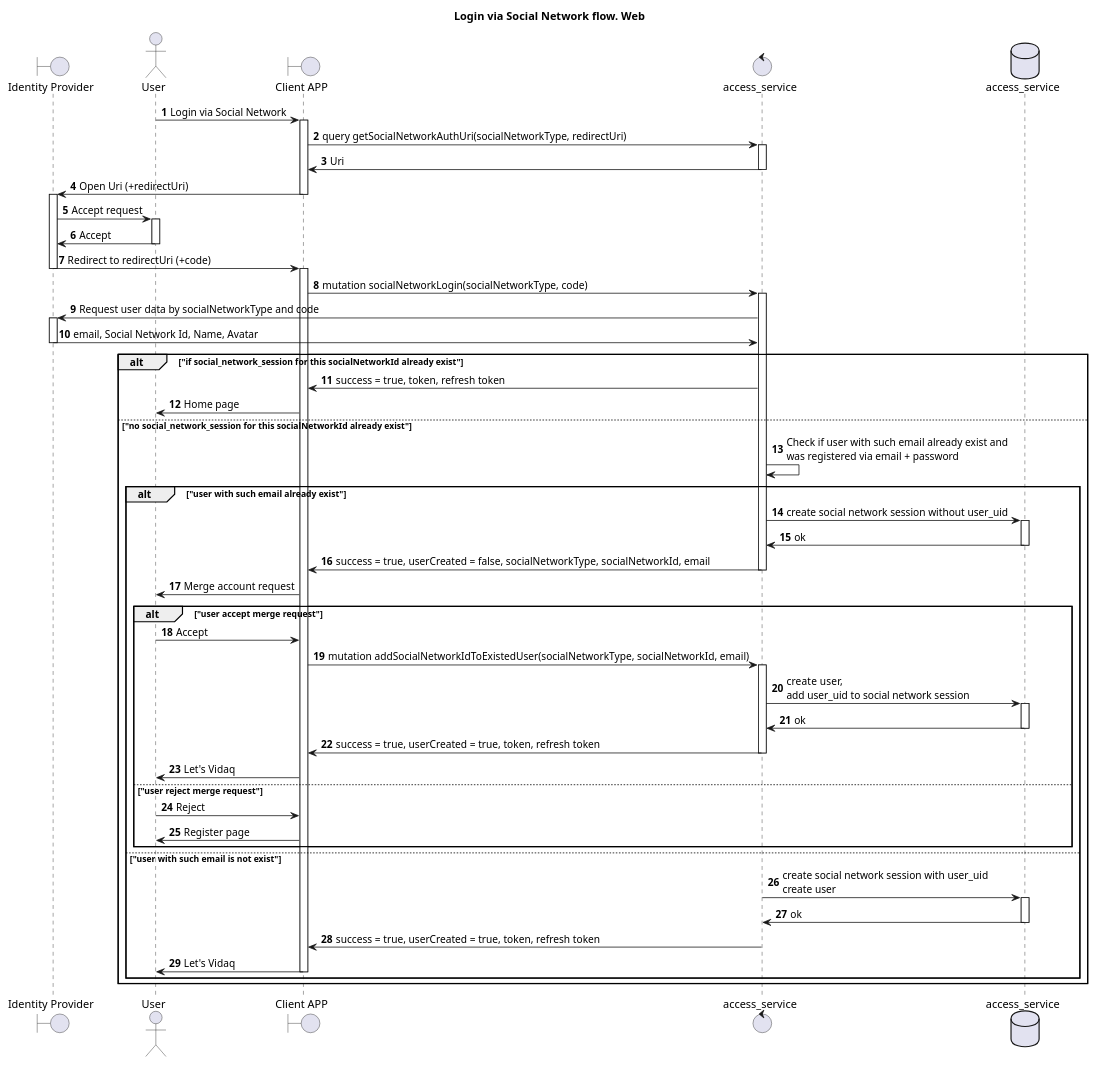
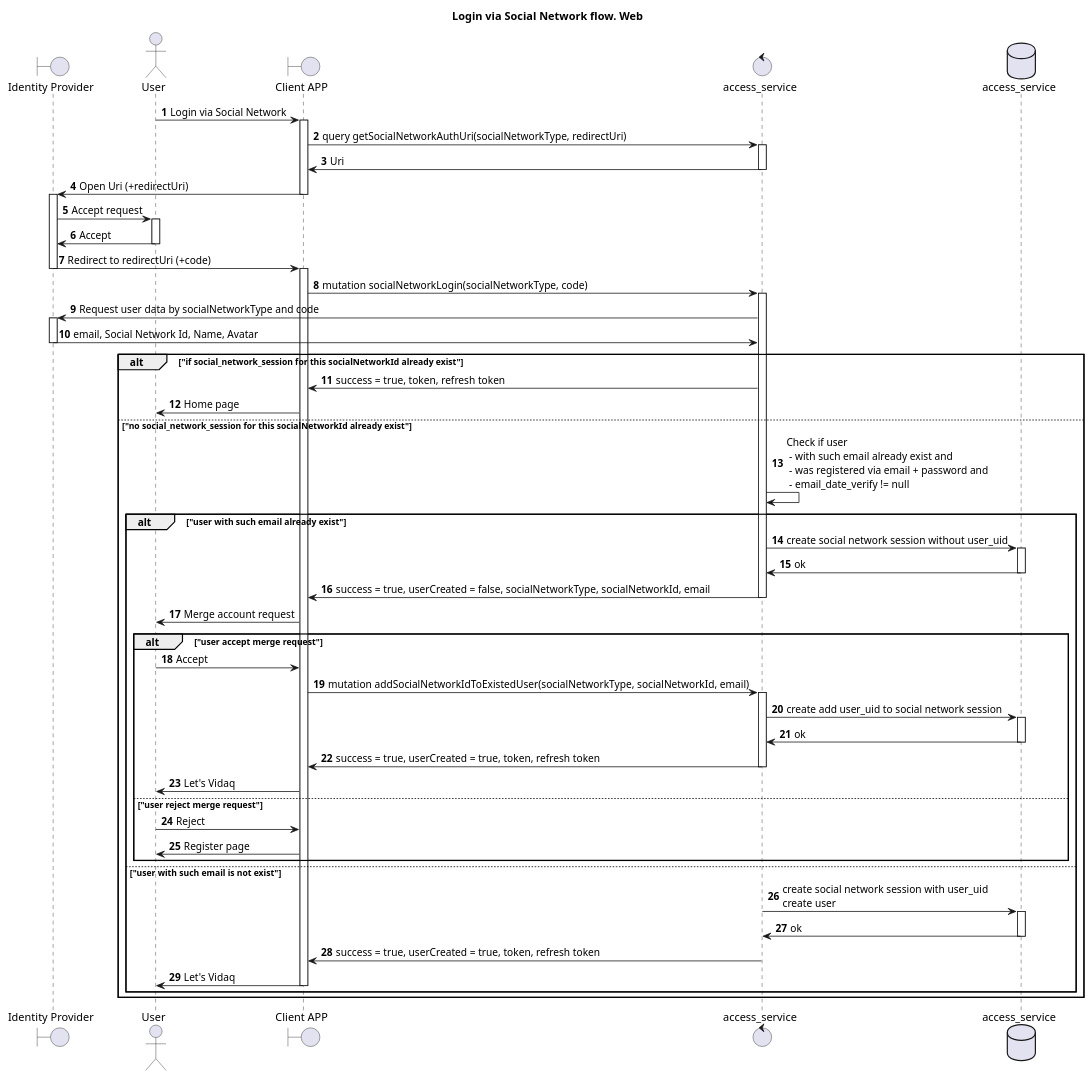
Before and after one commit to algruwork/work: the diagram in schemas/auth_with_social_network_web.puml, drawn with PlantUML. The commit also changed 4 other files, not shown here.

```diff
--- a/schemas/auth_with_social_network_web.puml
+++ b/schemas/auth_with_social_network_web.puml
@@ -1,75 +1,75 @@
 @startuml
 
 title "Login via Social Network flow. Web"
 boundary "Identity Provider" as SN
 actor User as U
 boundary "Client APP" as GUI
 control "access_service" as AC
 database "access_service" as DB
 
 autonumber
 
 U-> GUI: Login via Social Network
 activate GUI
 GUI -> AC: query getSocialNetworkAuthUri(socialNetworkType, redirectUri)
 activate AC
 AC -> GUI: Uri
 deactivate AC
 GUI -> SN: Open Uri (+redirectUri)
 deactivate GUI
 activate SN
 SN -> U: Accept request
 activate U
 U -> SN: Accept
 deactivate U
 SN -> GUI: Redirect to redirectUri (+code)
 deactivate SN
 activate GUI
 GUI -> AC: mutation socialNetworkLogin(socialNetworkType, code)
 
 activate AC
 AC -> SN: Request user data by socialNetworkType and code
 activate SN
 SN -> AC: email, Social Network Id, Name, Avatar
 deactivate SN
 alt "if social_network_session for this socialNetworkId already exist"
 AC -> GUI: success = true, token, refresh token
 GUI -> U: Home page
 else "no social_network_session for this socialNetworkId already exist"
-AC -> AC: Check if user with such email already exist and\nwas registered via email + password
+AC -> AC: Check if user\n - with such email already exist and\n - was registered via email + password and\n - email_date_verify != null
 alt "user with such email already exist"
 AC -> DB: create social network session without user_uid
 activate DB
 DB -> AC: ok
 deactivate DB
 AC -> GUI: success = true, userCreated = false, socialNetworkType, socialNetworkId, email
 deactivate AC
 GUI -> U: Merge account request
 alt "user accept merge request"
 U -> GUI: Accept
 GUI -> AC: mutation addSocialNetworkIdToExistedUser(socialNetworkType, socialNetworkId, email)
 activate AC
-AC -> DB: create user,\nadd user_uid to social network session
+AC -> DB: create add user_uid to social network session
 activate DB
 DB -> AC: ok
 deactivate DB
 AC -> GUI: success = true, userCreated = true, token, refresh token
 deactivate AC
 GUI -> U: Let's Vidaq
 else "user reject merge request"
 U -> GUI: Reject
 GUI -> U: Register page
 end
 else  "user with such email is not exist"
 AC -> DB: create social network session with user_uid \ncreate user
 activate DB
 DB -> AC: ok
 deactivate DB
 AC -> GUI: success = true, userCreated = true, token, refresh token
 deactivate AC
 GUI -> U: Let's Vidaq
 deactivate GUI
 end
 end
 
 @enduml
```
